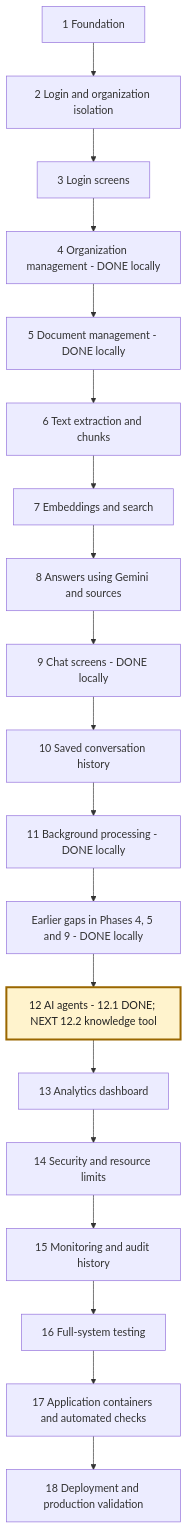
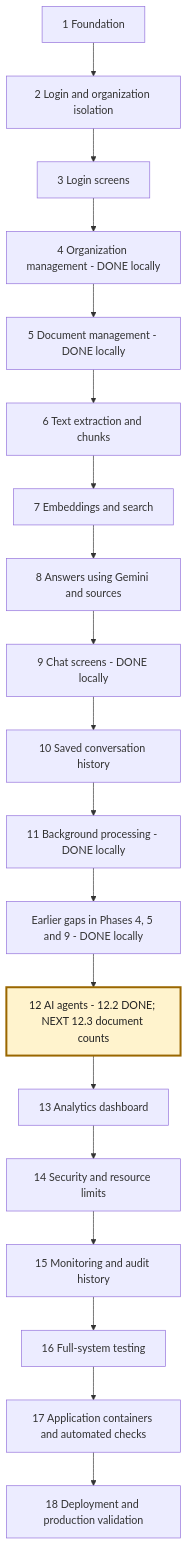
One commit to msdian0007/nexaAi changed the second of 4 diagrams in NEXAAI_ROADMAP.md. Above: the diagram before and after it, drawn with Mermaid. The commit also changed other lines of this file and 6 other files, not shown here.

Commit message:
connect the knowledge-answer tool

````diff
--- a/NEXAAI_ROADMAP.md
+++ b/NEXAAI_ROADMAP.md
@@ -189,22 +190,22 @@
 ```mermaid
 flowchart TD
     A[1 Foundation] --> B[2 Login and organization isolation]
     B --> C[3 Login screens]
     C --> D[4 Organization management - DONE locally]
     D --> E[5 Document management - DONE locally]
     E --> F[6 Text extraction and chunks]
     F --> G[7 Embeddings and search]
     G --> H[8 Answers using Gemini and sources]
     H --> I[9 Chat screens - DONE locally]
     I --> J[10 Saved conversation history]
     J --> K[11 Background processing - DONE locally]
     K --> L[Earlier gaps in Phases 4, 5 and 9 - DONE locally]
-    L --> M[12 AI agents - 12.1 DONE; NEXT 12.2 knowledge tool]
+    L --> M[12 AI agents - 12.2 DONE; NEXT 12.3 document counts]
     M --> N[13 Analytics dashboard]
     N --> O[14 Security and resource limits]
     O --> P[15 Monitoring and audit history]
     P --> Q[16 Full-system testing]
     Q --> R[17 Application containers and automated checks]
     R --> S[18 Deployment and production validation]
     style M fill:#fff3cd,stroke:#9a6700,stroke-width:3px,color:#222
 ```
````
